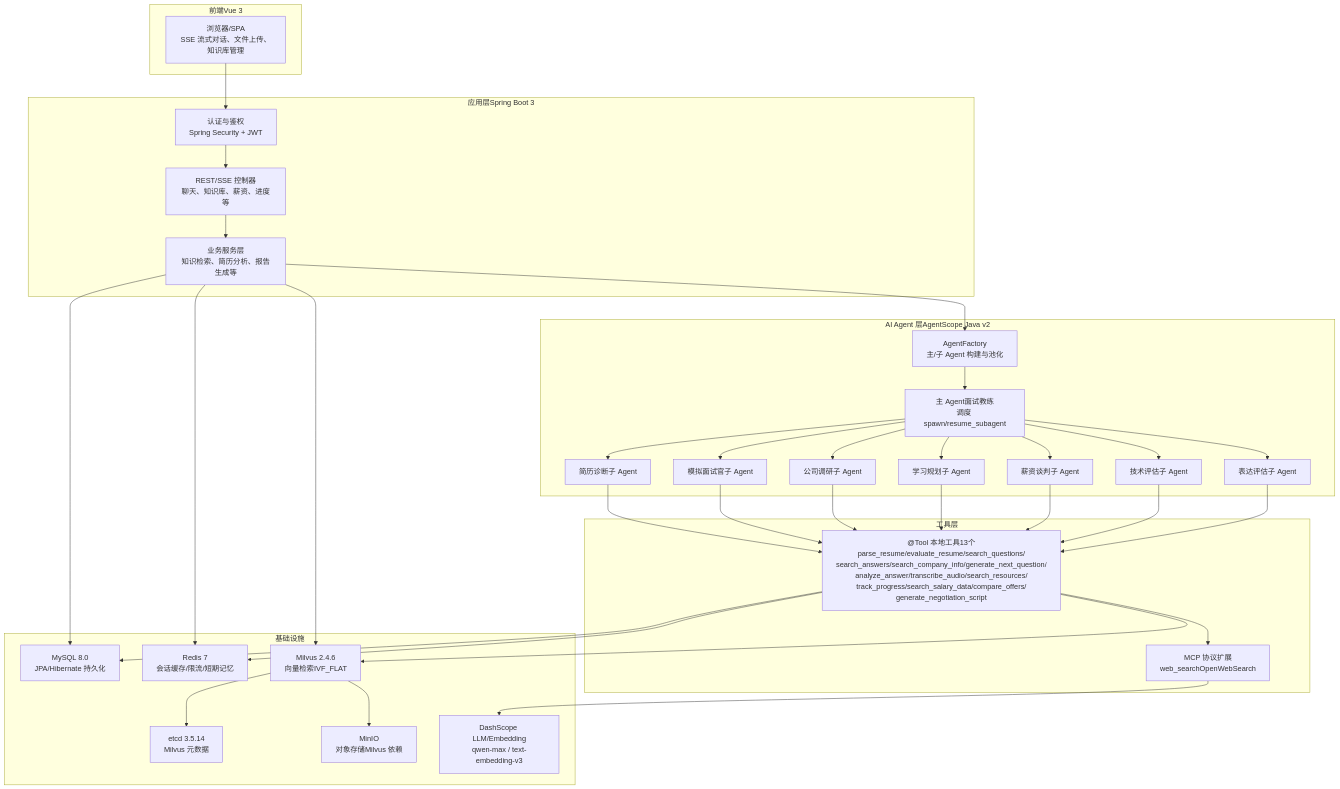
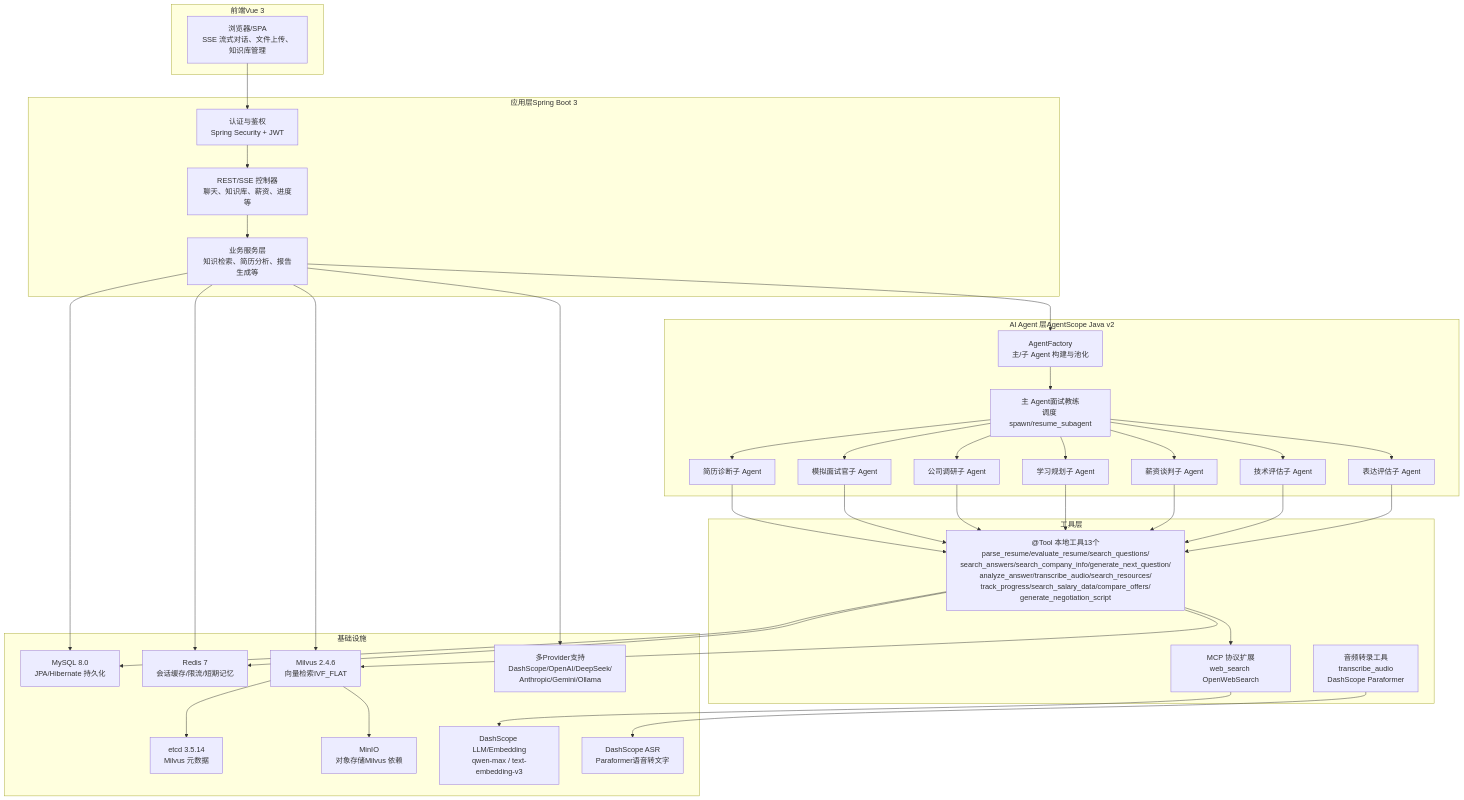
One commit to Miss-zhi/OfferPilot changed the first of 3 diagrams in .qoder/repowiki/zh/content/系统技术架构总览.md. Above: the diagram before and after it, drawn with Mermaid. The commit also changed other lines of this file and 115 other files, not shown here.

````diff
--- a/.qoder/repowiki/zh/content/系统技术架构总览.md
+++ b/.qoder/repowiki/zh/content/系统技术架构总览.md
@@ -14,63 +26,68 @@
 ```mermaid
 graph TB
 subgraph "前端Vue 3"
 FE["浏览器/SPA<br/>SSE 流式对话、文件上传、知识库管理"]
 end
 subgraph "应用层Spring Boot 3"
 SEC["认证与鉴权<br/>Spring Security + JWT"]
 CTRL["REST/SSE 控制器<br/>聊天、知识库、薪资、进度等"]
 SVC["业务服务层<br/>知识检索、简历分析、报告生成等"]
 end
 subgraph "AI Agent 层AgentScope Java v2"
 AGF["AgentFactory<br/>主/子 Agent 构建与池化"]
 MAIN["主 Agent面试教练<br/>调度 spawn/resume_subagent"]
 SUB1["简历诊断子 Agent"]
 SUB2["模拟面试官子 Agent"]
 SUB3["公司调研子 Agent"]
 SUB4["学习规划子 Agent"]
 SUB5["薪资谈判子 Agent"]
 SUB6["技术评估子 Agent"]
 SUB7["表达评估子 Agent"]
 end
 subgraph "工具层"
 TOOLS["@Tool 本地工具13个<br/>parse_resume/evaluate_resume/search_questions/<br/>search_answers/search_company_info/generate_next_question/<br/>analyze_answer/transcribe_audio/search_resources/<br/>track_progress/search_salary_data/compare_offers/<br/>generate_negotiation_script"]
-MCP["MCP 协议扩展<br/>web_searchOpenWebSearch"]
+MCP["MCP 协议扩展<br/>web_search OpenWebSearch"]
+AUDIO["音频转录工具<br/>transcribe_audio<br/>DashScope Paraformer"]
 end
 subgraph "基础设施"
 DB["MySQL 8.0<br/>JPA/Hibernate 持久化"]
 REDIS["Redis 7<br/>会话缓存/限流/短期记忆"]
 MILVUS["Milvus 2.4.6<br/>向量检索IVF_FLAT"]
 ETCD["etcd 3.5.14<br/>Milvus 元数据"]
 MINIO["MinIO<br/>对象存储Milvus 依赖"]
 LLM["DashScope LLM/Embedding<br/>qwen-max / text-embedding-v3"]
+ASR["DashScope ASR<br/>Paraformer语音转文字"]
+PROVIDERS["多Provider支持<br/>DashScope/OpenAI/DeepSeek/<br/>Anthropic/Gemini/Ollama"]
 end
 FE --> SEC
 SEC --> CTRL
 CTRL --> SVC
 SVC --> AGF
 AGF --> MAIN
 MAIN --> SUB1
 MAIN --> SUB2
 MAIN --> SUB3
 MAIN --> SUB4
 MAIN --> SUB5
 MAIN --> SUB6
 MAIN --> SUB7
 SUB1 --> TOOLS
 SUB2 --> TOOLS
 SUB3 --> TOOLS
 SUB4 --> TOOLS
 SUB5 --> TOOLS
 SUB6 --> TOOLS
 SUB7 --> TOOLS
 TOOLS --> DB
 TOOLS --> REDIS
 TOOLS --> MILVUS
 TOOLS --> MCP
+AUDIO --> ASR
 MCP --> LLM
 MILVUS --> ETCD
 MILVUS --> MINIO
 SVC --> DB
 SVC --> REDIS
 SVC --> MILVUS
+SVC --> PROVIDERS
 ```
````
